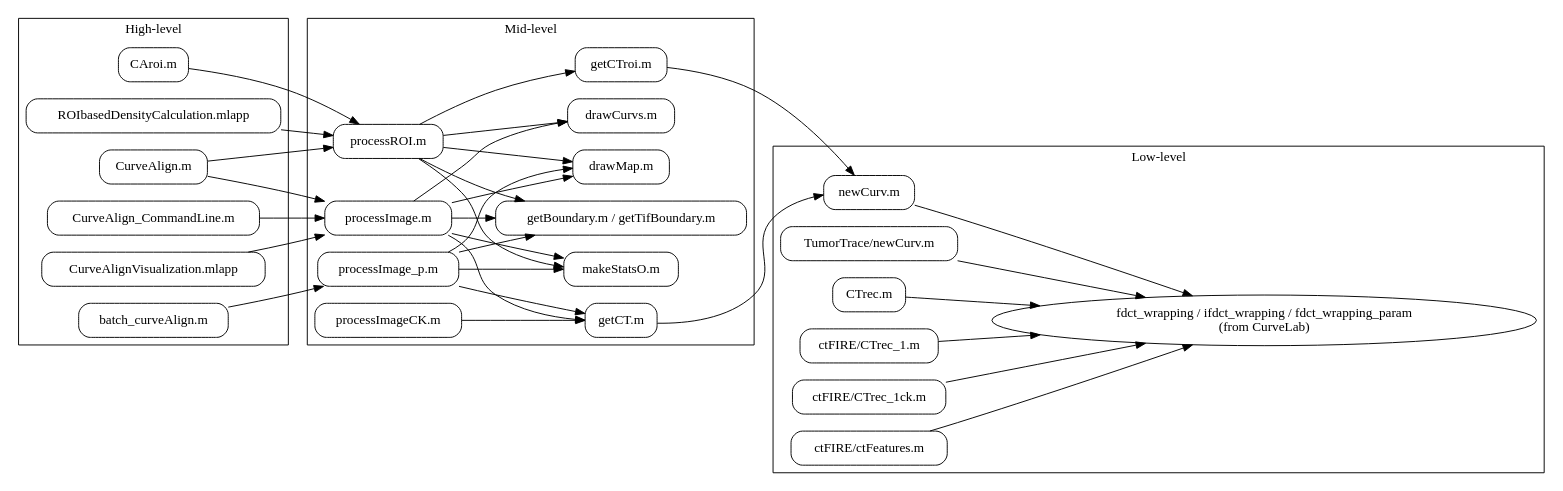
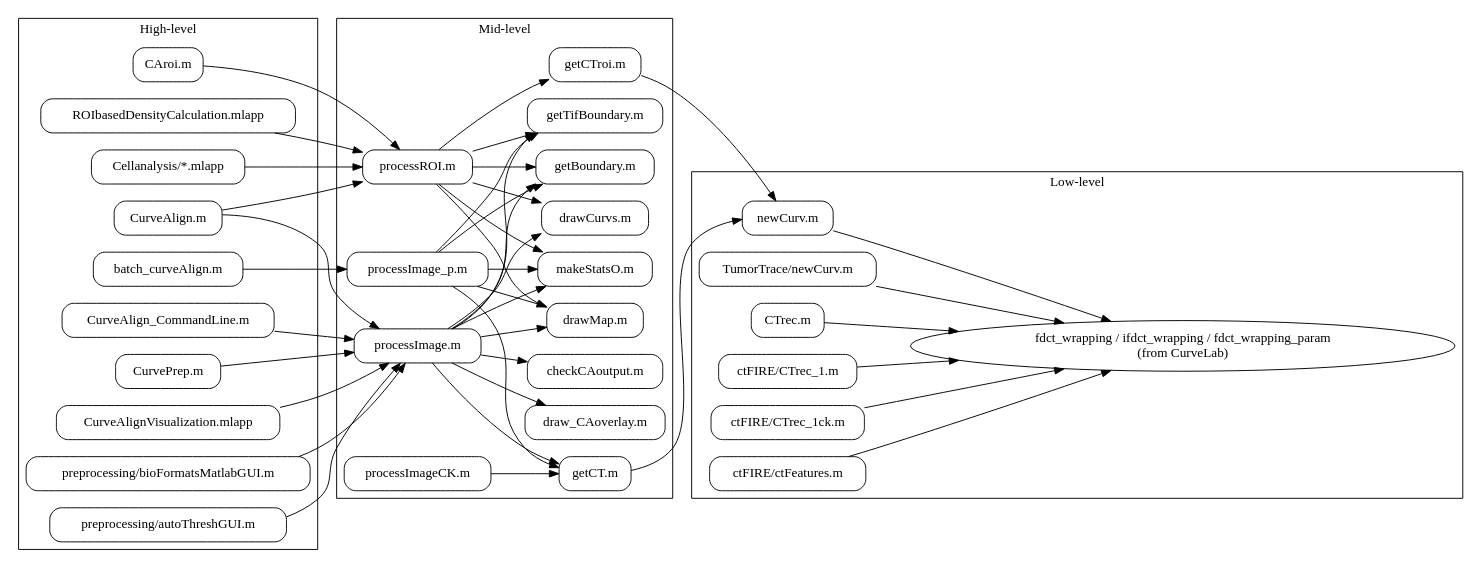
Before and after one commit to uw-loci/curvelets: the diagram in Curvelets_API/api_graph.dot, drawn with Graphviz. The commit also changed 18 other files, not shown here.

```diff
--- a/Curvelets_API/api_graph.dot
+++ b/Curvelets_API/api_graph.dot
@@ -1,80 +1,96 @@
 digraph CurveletsAPI {
   rankdir=LR;
   node [shape=box, style=rounded];
 
   subgraph cluster_high {
     label="High-level";
     CA[label="CurveAlign.m"];
     CAroi[label="CAroi.m"];
     CAcli[label="CurveAlign_CommandLine.m"];
     Batch[label="batch_curveAlign.m"];
+    CurvePrep[label="CurvePrep.m"];
     GUI1[label="CurveAlignVisualization.mlapp"];
     ROIgui[label="ROIbasedDensityCalculation.mlapp"];
+    CellGUI[label="Cellanalysis/*.mlapp"];
+    PrepGUI[label="preprocessing/bioFormatsMatlabGUI.m"];
+    ThreshGUI[label="preprocessing/autoThreshGUI.m"];
   }
 
   subgraph cluster_mid {
     label="Mid-level";
     PImg[label="processImage.m"];
     PROI[label="processROI.m"];
     PPar[label="processImage_p.m"];
     PCK[label="processImageCK.m"];
     GetCT[label="getCT.m"];
     GetCTroi[label="getCTroi.m"];
-    GB[label="getBoundary.m / getTifBoundary.m"];
+    GB[label="getBoundary.m"];
+    GTB[label="getTifBoundary.m"];
     DrawMap[label="drawMap.m"];
     DrawCurv[label="drawCurvs.m"];
     Stats[label="makeStatsO.m"];
+    DrawOverlay[label="draw_CAoverlay.m"];
+    CheckFiles[label="checkCAoutput.m"];
   }
 
   subgraph cluster_low {
     label="Low-level";
     NewCurv[label="newCurv.m"];
     NewCurvTT[label="TumorTrace/newCurv.m"];
     CTrec[label="CTrec.m"];
     CTrec1[label="ctFIRE/CTrec_1.m"];
     CTrec1ck[label="ctFIRE/CTrec_1ck.m"];
     CtFeat[label="ctFIRE/ctFeatures.m"];
     FDCT[label="fdct_wrapping / ifdct_wrapping / fdct_wrapping_param\n(from CurveLab)", shape=ellipse];
   }
 
   // High -> Mid
   CA -> PImg;
   CA -> PROI;
   CAcli -> PImg;
   CAroi -> PROI;
   Batch -> PPar;
+  CurvePrep -> PImg;
   GUI1 -> PImg;
   ROIgui -> PROI;
+  CellGUI -> PROI;
+  PrepGUI -> PImg;
+  ThreshGUI -> PImg;
 
   // Mid -> Mid/Low
   PImg -> GetCT;
   PImg -> GB;
+  PImg -> GTB;
   PImg -> DrawMap;
   PImg -> DrawCurv;
+  PImg -> DrawOverlay;
   PImg -> Stats;
+  PImg -> CheckFiles;
 
   PROI -> GetCTroi;
   PROI -> GB;
+  PROI -> GTB;
   PROI -> DrawMap;
   PROI -> DrawCurv;
   PROI -> Stats;
 
   PPar -> GetCT;
   PPar -> GB;
+  PPar -> GTB;
   PPar -> DrawMap;
   PPar -> Stats;
 
   PCK -> GetCT;
 
   // Mid -> Low
   GetCT -> NewCurv;
   GetCTroi -> NewCurv;
 
   // Low -> CurveLab
   NewCurv -> FDCT;
   NewCurvTT -> FDCT;
   CTrec -> FDCT;
   CTrec1 -> FDCT;
   CTrec1ck -> FDCT;
   CtFeat -> FDCT;
 }
```
